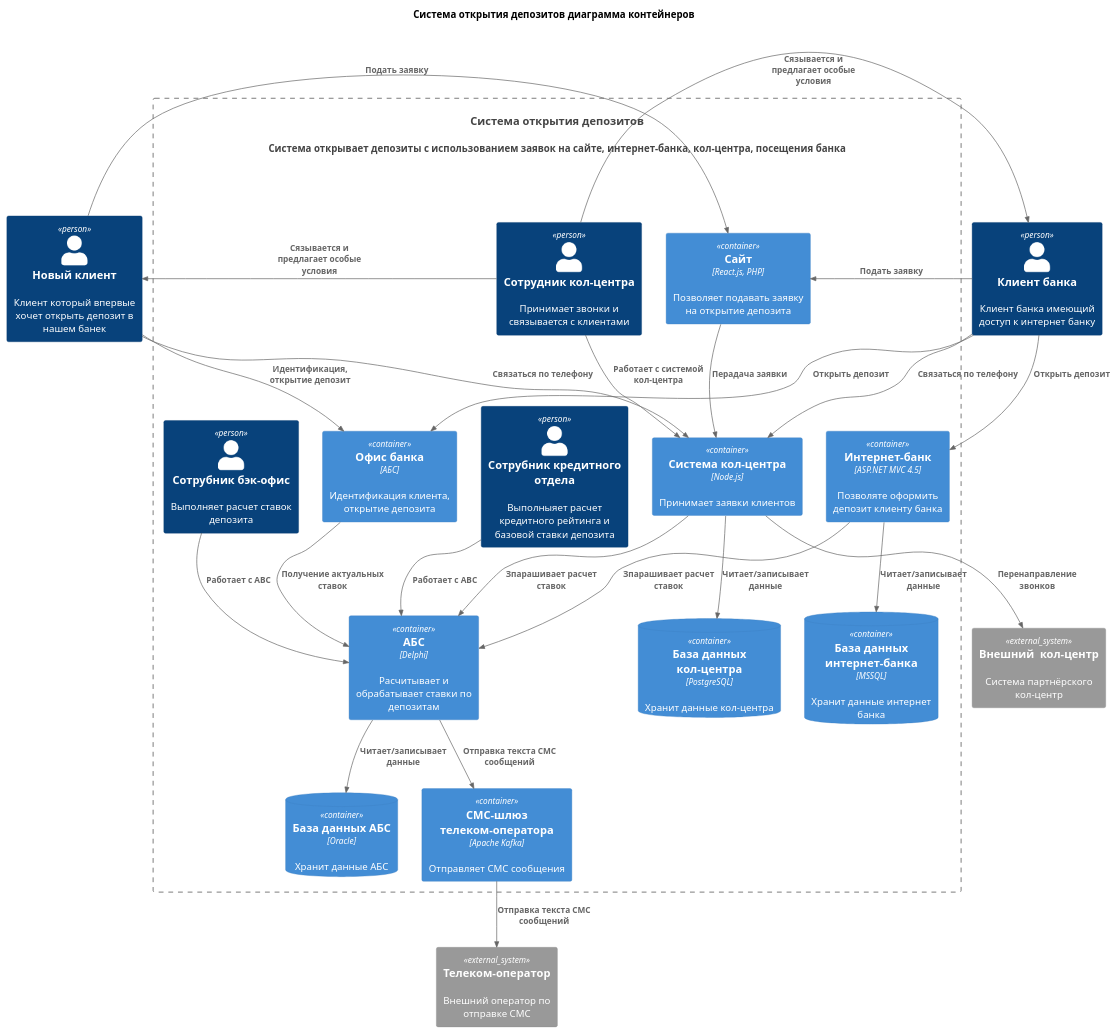
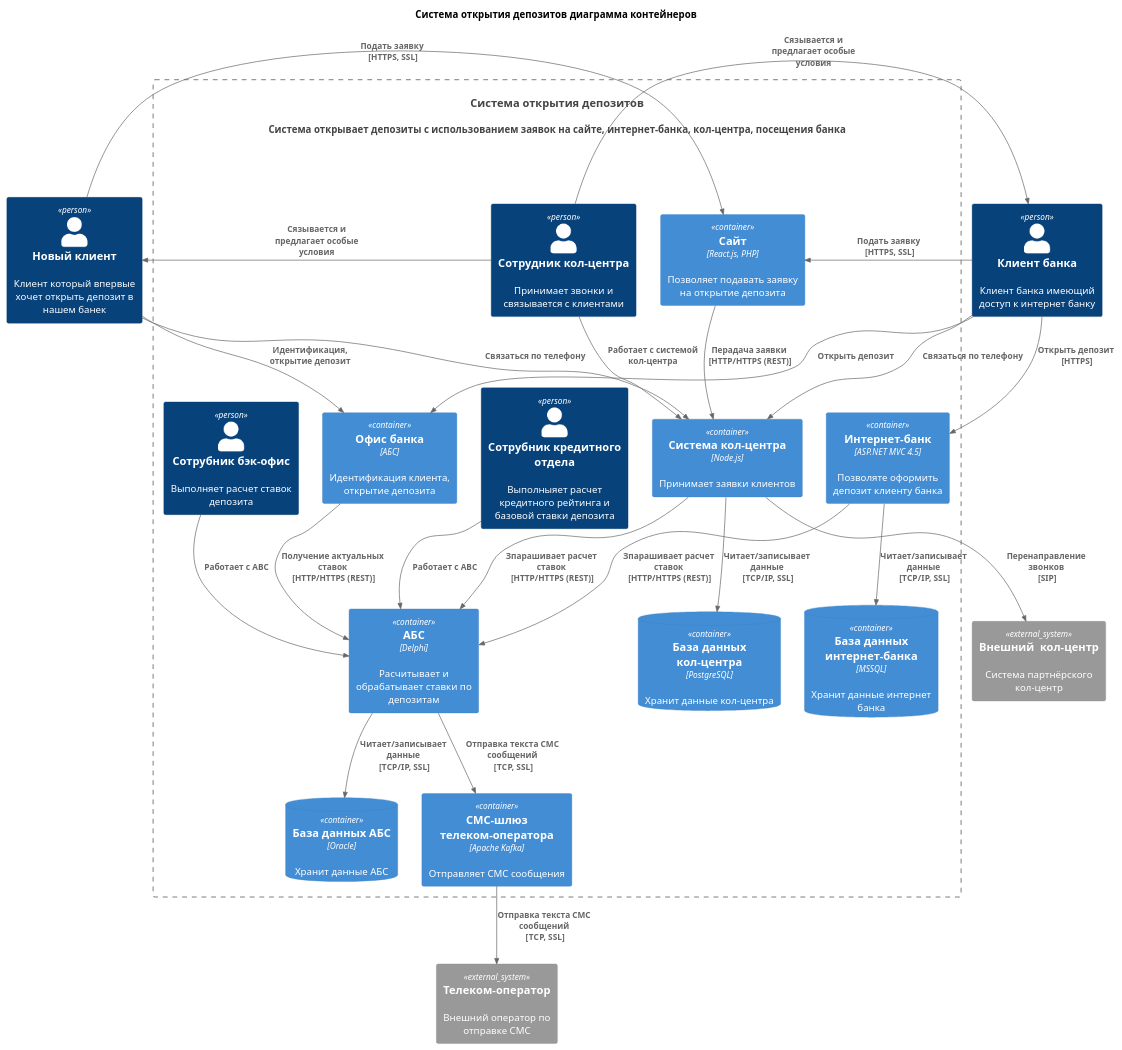
Before and after one commit to Rootman78/architecture-standart: the diagram in Task3/Container.puml, drawn with PlantUML. The commit also changed 2 other files, not shown here.

```diff
--- a/Task3/Container.puml
+++ b/Task3/Container.puml
@@ -1,54 +1,54 @@
 @startuml
 title Система открытия депозитов диаграмма контейнеров
 
 top to bottom direction
 
 !includeurl https://raw.githubusercontent.com/RicardoNiepel/C4-PlantUML/master/C4_Component.puml
 
 Person(user_new, "Новый клиент", "Клиент который впервые хочет открыть депозит в нашем банек")
 Person(user_old, "Клиент банка", "Клиент банка имеющий доступ к интернет банку")
 System(DepozitSystem, "Система открытия депозитов", "Система открывает депозиты с использованием заявок на сайте, интернет-банка, кол-центра, посещения банка")
 
 Container_Boundary(DepozitSystem, "Depozit System") {
   Container(WebApp, "Сайт", "React.js, PHP", "Позволяет подавать заявку на открытие депозита")
   Container(InternatBank, "Интернет-банк", "ASP.NET MVC 4.5", "Позволяте оформить депозит клиенту банка")
   Container(OwnCallCentre, "Система кол-центра", "Node.js", "Принимает заявки клиентов")
   ContainerDb(InternatBankDB, "База данных интернет-банка", "MSSQL", "Хранит данные интернет банка")
   ContainerDb(OwnCallCentreDB, "База данных кол-центра", "PostgreSQL", "Хранит данные кол-центра")
   Container(ABC, "АБС", "Delphi", "Расчитывает и обрабатывает ставки по депозитам")
   ContainerDb(ABCDB, "База данных АБС", "Oracle", "Хранит данные АБС")
   Container(SMSGate, "СМС-шлюз телеком-оператора", "Apache Kafka", "Отправляет СМС сообщения")
   Person(user_back, "Сотрубник бэк-офис", "Выполняет расчет ставок депозита")
   Person(user_credit, "Сотрубник кредитного отдела", "Выполныяет расчет кредитного рейтинга и базовой ставки депозита")
   Person(user_call, "Сотрудник кол-центра", "Принимает звонки и связывается с клиентами")
   Container(BankOffice, "Офис банка", "АБС", "Идентификация клиента, открытие депозита")
 
 }
 
 System_Ext(PartnerCallCenter, "Внешний  кол-центр", "Система партнёрского кол-центр")
 System_Ext(TelecomGate, "Телеком-оператор", "Внешний оператор по отправке СМС")
 
-Rel(user_new, WebApp, "Подать заявку")
-Rel(user_old, WebApp,"Подать заявку")
-Rel(user_old, InternatBank,"Открыть депозит")
-Rel(InternatBank, InternatBankDB, "Читает/записывает данные")
-Rel(OwnCallCentre, OwnCallCentreDB, "Читает/записывает данные")
-Rel(WebApp,OwnCallCentre,"Перадача заявки")
+Rel(user_new, WebApp, "Подать заявку \n [HTTPS, SSL]")
+Rel(user_old, WebApp,"Подать заявку \n [HTTPS, SSL]")
+Rel(user_old, InternatBank,"Открыть депозит \n [HTTPS]")
+Rel(InternatBank, InternatBankDB, "Читает/записывает данные \n [TCP/IP, SSL]")
+Rel(OwnCallCentre, OwnCallCentreDB, "Читает/записывает данные \n [TCP/IP, SSL]")
+Rel(WebApp,OwnCallCentre,"Перадача заявки \n [HTTP/HTTPS (REST)]")
 Rel(user_call,OwnCallCentre,"Работает с системой кол-центра")
 Rel(user_call,user_new,"Сязывается и предлагает особые условия")
 Rel(user_call,user_old,"Сязывается и предлагает особые условия")
-Rel(ABC, ABCDB, "Читает/записывает данные")
+Rel(ABC, ABCDB, "Читает/записывает данные \n [TCP/IP, SSL]")
 Rel(user_new, OwnCallCentre, "Связаться по телефону")
-Rel(OwnCallCentre, PartnerCallCenter, "Перенаправление звонков")
+Rel(OwnCallCentre, PartnerCallCenter, "Перенаправление звонков \n [SIP]")
 Rel(user_old,OwnCallCentre,"Связаться по телефону")
-Rel(ABC,SMSGate,"Отправка текста СМС сообщений")
-Rel(SMSGate,TelecomGate,"Отправка текста СМС сообщений")
+Rel(ABC,SMSGate,"Отправка текста СМС сообщений \n [TCP, SSL]")
+Rel(SMSGate,TelecomGate,"Отправка текста СМС сообщений \n [TCP, SSL]")
 Rel(user_back,ABC,"Работает с ABC")
 Rel(user_credit,ABC,"Работает с ABC")
-Rel(InternatBank, ABC,"Зпарашивает расчет ставок")
-Rel(OwnCallCentre, ABC,"Зпарашивает расчет ставок")
+Rel(InternatBank, ABC,"Зпарашивает расчет ставок  \n [HTTP/HTTPS (REST)]")
+Rel(OwnCallCentre, ABC,"Зпарашивает расчет ставок  \n [HTTP/HTTPS (REST)]")
 Rel(user_old, BankOffice,"Открыть депозит")
 Rel(user_new, BankOffice,"Идентификация, открытие депозит")
-Rel(BankOffice, ABC,"Получение актуальных ставок")
+Rel(BankOffice, ABC,"Получение актуальных ставок  \n [HTTP/HTTPS (REST)]")
 
 @enduml
```
